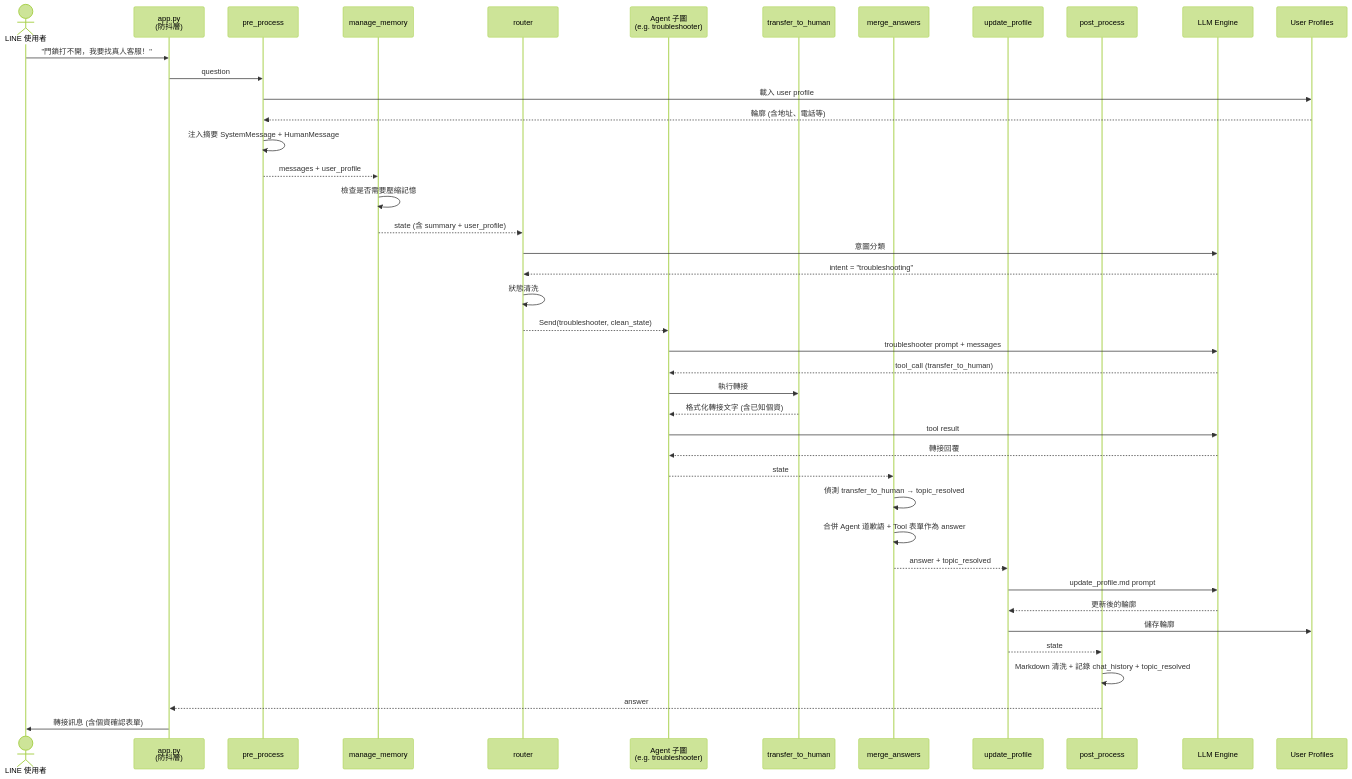
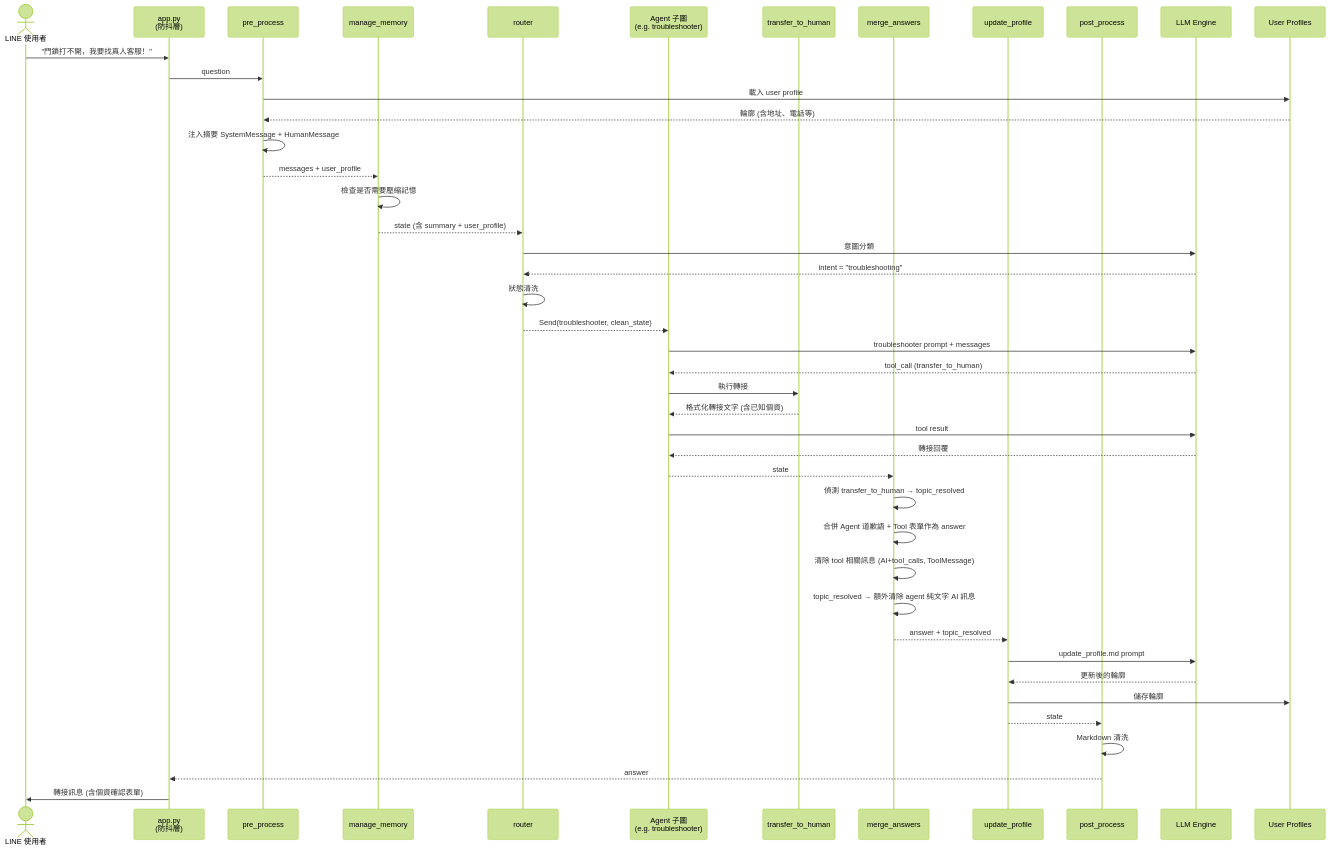
Before and after one commit to Imding1211/lock_AI_Agent: the fifth of 5 diagrams in docs/manuals/系統架構與流程圖.md, drawn with Mermaid (forest theme). The commit also changed other lines of this file and 5 other files, not shown here.

````diff
--- a/docs/manuals/系統架構與流程圖.md
+++ b/docs/manuals/系統架構與流程圖.md
@@ -389,52 +389,54 @@
 ```mermaid
 sequenceDiagram
     actor User as LINE 使用者
     participant App as app.py<br/>(防抖層)
     participant PP as pre_process
     participant MM as manage_memory
     participant RT as router
     participant Agent as Agent 子圖<br/>(e.g. troubleshooter)
     participant Tool as transfer_to_human
     participant MA as merge_answers
     participant UP as update_profile
     participant Post as post_process
     participant LLM as LLM Engine
     participant Profile as User Profiles
 
     User->>App: "門鎖打不開，我要找真人客服！"
     App->>PP: question
 
     PP->>Profile: 載入 user profile
     Profile-->>PP: 輪廓 (含地址、電話等)
     PP->>PP: 注入摘要 SystemMessage + HumanMessage
     PP-->>MM: messages + user_profile
 
     MM->>MM: 檢查是否需要壓縮記憶
     MM-->>RT: state (含 summary + user_profile)
 
     RT->>LLM: 意圖分類
     LLM-->>RT: intent = "troubleshooting"
     RT->>RT: 狀態清洗
     RT-->>Agent: Send(troubleshooter, clean_state)
 
     Agent->>LLM: troubleshooter prompt + messages
     LLM-->>Agent: tool_call (transfer_to_human)
     Agent->>Tool: 執行轉接
     Tool-->>Agent: 格式化轉接文字 (含已知個資)
     Agent->>LLM: tool result
     LLM-->>Agent: 轉接回覆
 
     Agent-->>MA: state
     MA->>MA: 偵測 transfer_to_human → topic_resolved
     MA->>MA: 合併 Agent 道歉語 + Tool 表單作為 answer
+    MA->>MA: 清除 tool 相關訊息 (AI+tool_calls, ToolMessage)
+    MA->>MA: topic_resolved → 額外清除 agent 純文字 AI 訊息
 
     MA-->>UP: answer + topic_resolved
     UP->>LLM: update_profile.md prompt
     LLM-->>UP: 更新後的輪廓
     UP->>Profile: 儲存輪廓
 
     UP-->>Post: state
-    Post->>Post: Markdown 清洗 + 記錄 chat_history + topic_resolved
+    Post->>Post: Markdown 清洗
     Post-->>App: answer
     App->>User: 轉接訊息 (含個資確認表單)
 ```
````
